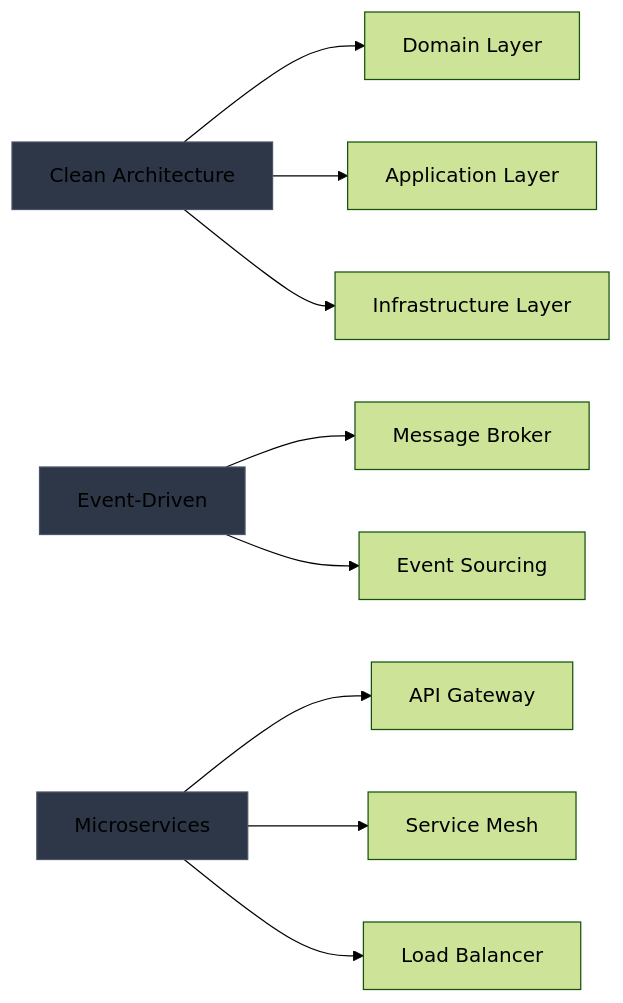
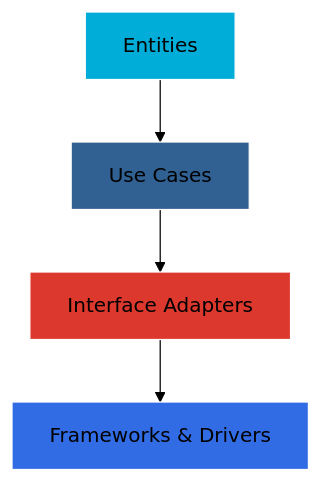
Before and after one commit to zonieedhossain/zonieedhossain: the diagram in README.md, drawn with Mermaid (forest theme). The commit also changed other lines of this file, not shown here.

````diff
--- a/README.md
+++ b/README.md
@@ -122,14 +160,10 @@
 ```mermaid
-graph LR
-    A[Clean Architecture] --> B[Domain Layer]
-    A --> C[Application Layer]
-    A --> D[Infrastructure Layer]
-    E[Event-Driven] --> F[Message Broker]
-    E --> G[Event Sourcing]
-    H[Microservices] --> I[API Gateway]
-    H --> J[Service Mesh]
-    H --> K[Load Balancer]
-    style A fill:#2d3748,stroke:#4a5568
-    style E fill:#2d3748,stroke:#4a5568
-    style H fill:#2d3748,stroke:#4a5568
+graph TB
+    A[Entities] --> B[Use Cases]
+    B --> C[Interface Adapters]
+    C --> D[Frameworks & Drivers]
+    style A fill:#00ADD8,stroke:#fff
+    style B fill:#316192,stroke:#fff
+    style C fill:#DC382D,stroke:#fff
+    style D fill:#326CE5,stroke:#fff
 ```
````
